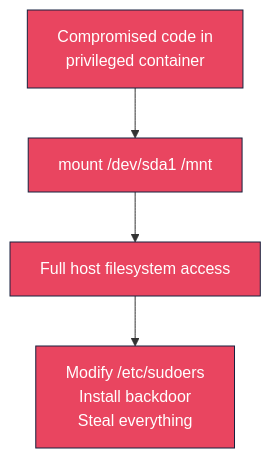
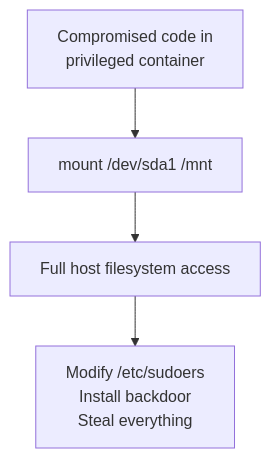
Before and after one commit to novotnyllc/ContainAI: the fourth of 6 diagrams in docs/security-scenarios.md, drawn with Mermaid. The commit also changed other lines of this file and 14 other files, not shown here.

````diff
--- a/docs/security-scenarios.md
+++ b/docs/security-scenarios.md
@@ -279,11 +273,7 @@
 ```mermaid
 flowchart TD
     A["Compromised code in<br/>privileged container"] --> B["mount /dev/sda1 /mnt"]
     B --> C["Full host filesystem access"]
     C --> D["Modify /etc/sudoers<br/>Install backdoor<br/>Steal everything"]
 
-    style A fill:#e94560,stroke:#16213e,color:#fff
-    style B fill:#e94560,stroke:#16213e,color:#fff
-    style C fill:#e94560,stroke:#16213e,color:#fff
-    style D fill:#e94560,stroke:#16213e,color:#fff
 ```
````
